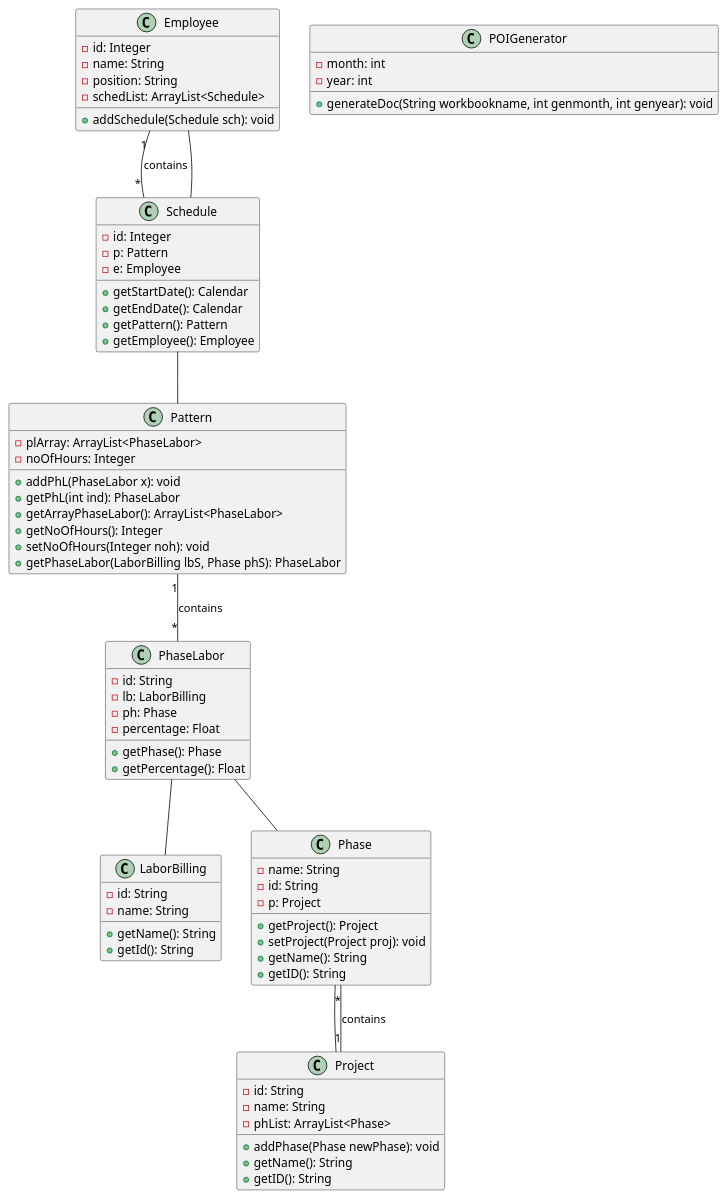
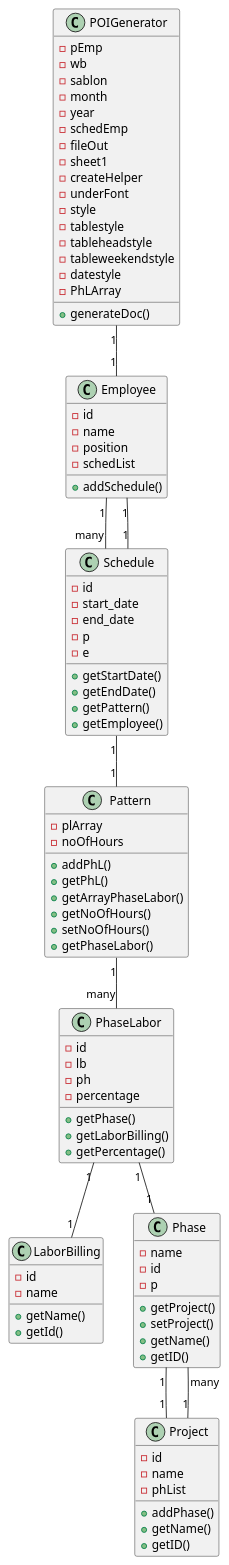
The diagram in artefacts/controlled-experiment/project-4/t2-no-haf.puml (sh4r10/thesis-autogen-classdiagrams), drawn with PlantUML before and after one commit. The commit also changed 171 other files, not shown here.

```diff
--- a/artefacts/controlled-experiment/project-4/t2-no-haf.puml
+++ b/artefacts/controlled-experiment/project-4/t2-no-haf.puml
@@ -1,90 +1,100 @@
 @startuml
 
 class Employee {
-    -id: Integer
-    -name: String
-    -position: String
-    -schedList: ArrayList<Schedule>
+    - id
+    - name
+    - position
+    - schedList
+    + addSchedule()
+}
 
-    +addSchedule(Schedule sch): void
+class Schedule {
+    - id
+    - start_date
+    - end_date
+    - p
+    - e
+    + getStartDate()
+    + getEndDate()
+    + getPattern()
+    + getEmployee()
+}
+
+class Pattern {
+    - plArray
+    - noOfHours
+    + addPhL()
+    + getPhL()
+    + getArrayPhaseLabor()
+    + getNoOfHours()
+    + setNoOfHours()
+    + getPhaseLabor()
+}
+
+class PhaseLabor {
+    - id
+    - lb
+    - ph
+    - percentage
+    + getPhase()
+    + getLaborBilling()
+    + getPercentage()
 }
 
 class LaborBilling {
-    -id: String
-    -name: String
-
-    +getName(): String
-    +getId(): String
-}
-
-class Pattern {
-    -plArray: ArrayList<PhaseLabor>
-    -noOfHours: Integer
-
-    +addPhL(PhaseLabor x): void
-    +getPhL(int ind): PhaseLabor
-    +getArrayPhaseLabor(): ArrayList<PhaseLabor>
-    +getNoOfHours(): Integer
-    +setNoOfHours(Integer noh): void
-    +getPhaseLabor(LaborBilling lbS, Phase phS): PhaseLabor
+    - id
+    - name
+    + getName()
+    + getId()
 }
 
 class Phase {
-    -name: String
-    -id: String
-    -p: Project
-
-    +getProject(): Project
-    +setProject(Project proj): void
-    +getName(): String
-    +getID(): String
+    - name
+    - id
+    - p
+    + getProject()
+    + setProject()
+    + getName()
+    + getID()
 }
 
-class PhaseLabor {
-    -id: String
-    -lb: LaborBilling
-    -ph: Phase
-    -percentage: Float
-
-    +getPhase(): Phase
-    +getPercentage(): Float
+class Project {
+    - id
+    - name
+    - phList
+    + addPhase()
+    + getName()
+    + getID()
 }
 
 class POIGenerator {
-    -month: int
-    -year: int
-
-    +generateDoc(String workbookname, int genmonth, int genyear): void
+    - pEmp
+    - wb
+    - sablon
+    - month
+    - year
+    - schedEmp
+    - fileOut
+    - sheet1
+    - createHelper
+    - underFont
+    - style
+    - tablestyle
+    - tableheadstyle
+    - tableweekendstyle
+    - datestyle
+    - PhLArray
+    + generateDoc()
 }
 
-class Project {
-    -id: String
-    -name: String
-    -phList: ArrayList<Phase>
-
-    +addPhase(Phase newPhase): void
-    +getName(): String
-    +getID(): String
-}
-
-class Schedule {
-    -id: Integer
-    -p: Pattern
-    -e: Employee
-
-    +getStartDate(): Calendar
-    +getEndDate(): Calendar
-    +getPattern(): Pattern
-    +getEmployee(): Employee
-}
-
-Employee "1" -- "*" Schedule : contains
-Pattern "1" -- "*" PhaseLabor : contains
-Phase -- Project
-PhaseLabor -- LaborBilling
-PhaseLabor -- Phase
-Project "1" -- "*" Phase : contains
-Schedule -- Pattern
-Schedule -- Employee
+Employee "1" -- "many" Schedule
+Schedule "1" -- "1" Pattern
+Schedule "1" -- "1" Employee
+Pattern "1" -- "many" PhaseLabor
+PhaseLabor "1" -- "1" LaborBilling
+PhaseLabor "1" -- "1" Phase
+Phase "1" -- "1" Project
+Project "1" -- "many" Phase
+POIGenerator "1" -- "1" Employee
 
 @enduml
```
